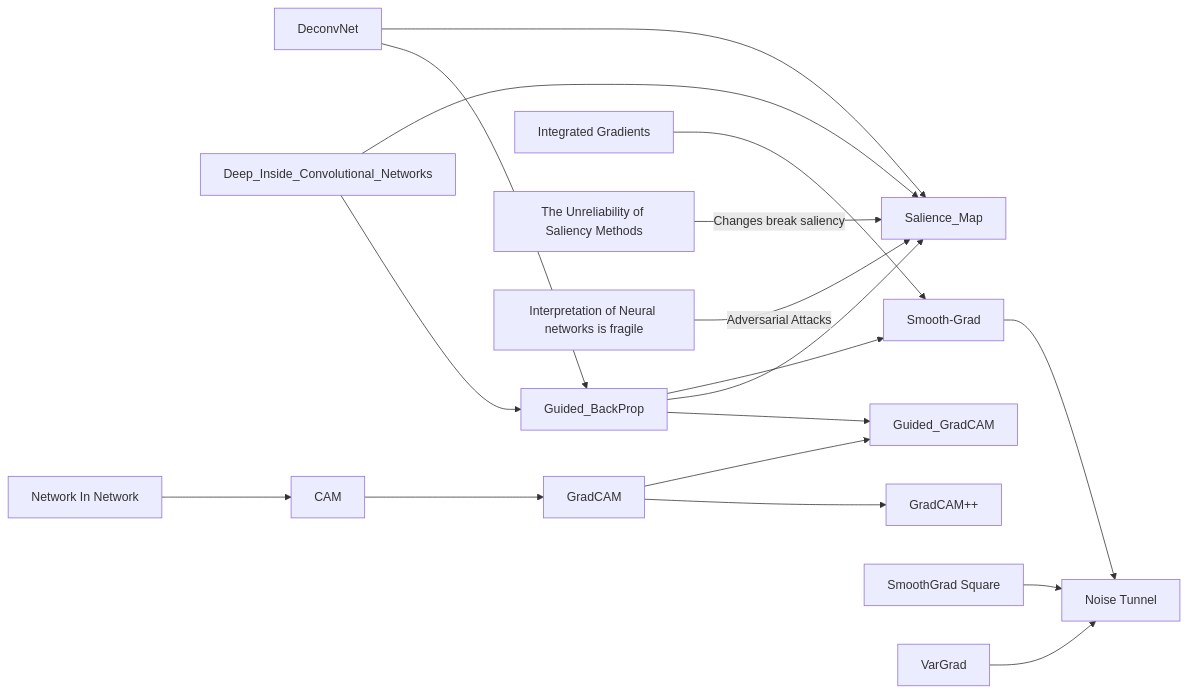
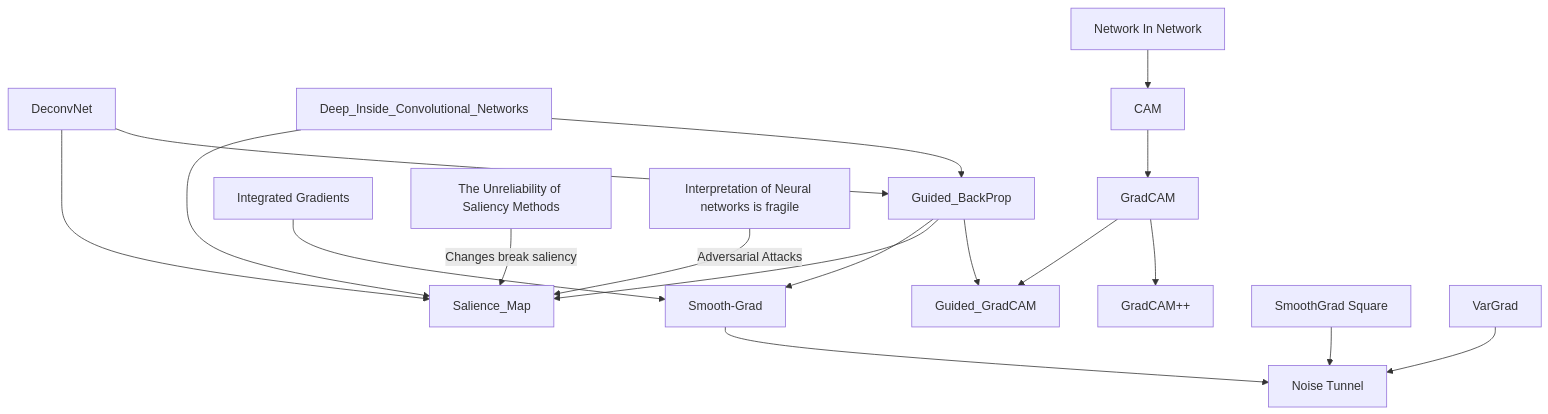
The diagram in docs/Vision_Explainibility.md (SubhadityaMukherjee/AI-knowledge-base), drawn with Mermaid before and after one commit. The commit also changed other lines of this file and 6 other files, not shown here.

````diff
--- a/docs/Vision_Explainibility.md
+++ b/docs/Vision_Explainibility.md
@@ -45,49 +45,49 @@
 ```mermaid
 
-graph LR;
+graph TD;
 E2[DeconvNet] --> E1
 E3[Deep_Inside_Convolutional_Networks] --> E1
 E1[Guided_BackProp]
 
 B1[CAM] --> B2[GradCAM] --> B3[GradCAM++]
 
 E4[Network In Network] --> B1
 
 B2 --> B4[Guided_GradCAM]
 E1 --> B4
 
 E2 --> A[Salience_Map]
 E3 --> A
 E1 --> A
 
 C0[Integrated Gradients] --> C1
 E1 --> C1
 C1[Smooth-Grad] --> C4
 C2[SmoothGrad Square] --> C4
 C3[VarGrad] --> C4
 C4[Noise Tunnel]
 
 U1[The Unreliability of Saliency Methods] --Changes break saliency--> A
 U2[Interpretation of Neural networks is fragile] --Adversarial Attacks--> A
 class A internal-link
 class B internal-link
 class B1 internal-link
 class B2 internal-link
 class B3 internal-link
 class B4 internal-link
 class C internal-link
 class C0 internal-link
 class C1 internal-link
 class C2 internal-link
 class C3 internal-link
 class C4 internal-link
 class D internal-link
 class E internal-link
 class F internal-link
 class E1 internal-link
 class E2 internal-link
 class E3 internal-link
 class E4 internal-link
 class U1 internal-link
 class U2 internal-link
 ```
````
